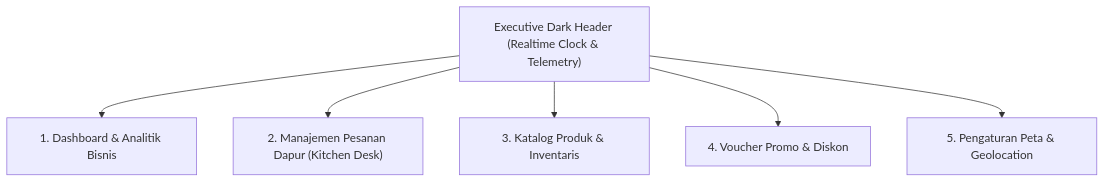
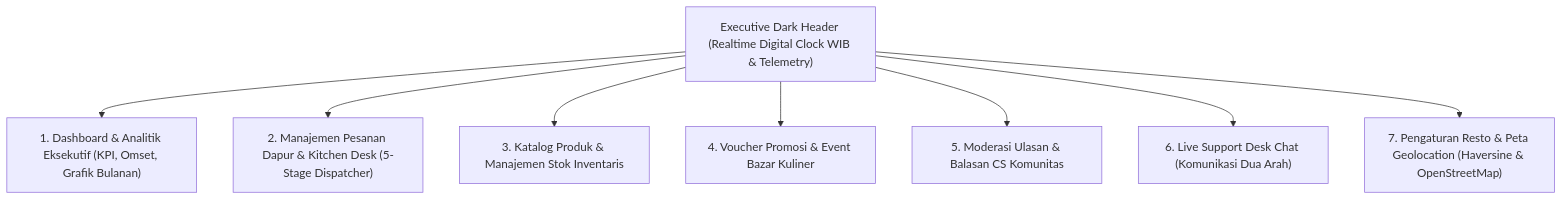
Before and after one commit to fatihahmadzakky19/Nefakky3: the diagram in nefakky3/DESIGN_ADMIN.md, drawn with Mermaid. The commit also changed other lines of this file and 59 other files, not shown here.

````diff
--- a/nefakky3/DESIGN_ADMIN.md
+++ b/nefakky3/DESIGN_ADMIN.md
@@ -23,9 +13,11 @@
 ```mermaid
 graph TD
-    AdminHeader["Executive Dark Header (Realtime Clock & Telemetry)"]
-    AdminHeader --> Tab1["1. Dashboard & Analitik Bisnis"]
-    AdminHeader --> Tab2["2. Manajemen Pesanan Dapur (Kitchen Desk)"]
-    AdminHeader --> Tab3["3. Katalog Produk & Inventaris"]
-    AdminHeader --> Tab4["4. Voucher Promo & Diskon"]
-    AdminHeader --> Tab5["5. Pengaturan Peta & Geolocation"]
+    Header["Executive Dark Header (Realtime Digital Clock WIB & Telemetry)"]
+    Header --> Tab1["1. Dashboard & Analitik Eksekutif (KPI, Omset, Grafik Bulanan)"]
+    Header --> Tab2["2. Manajemen Pesanan Dapur & Kitchen Desk (5-Stage Dispatcher)"]
+    Header --> Tab3["3. Katalog Produk & Manajemen Stok Inventaris"]
+    Header --> Tab4["4. Voucher Promosi & Event Bazar Kuliner"]
+    Header --> Tab5["5. Moderasi Ulasan & Balasan CS Komunitas"]
+    Header --> Tab6["6. Live Support Desk Chat (Komunikasi Dua Arah)"]
+    Header --> Tab7["7. Pengaturan Resto & Peta Geolocation (Haversine & OpenStreetMap)"]
 ```
````
